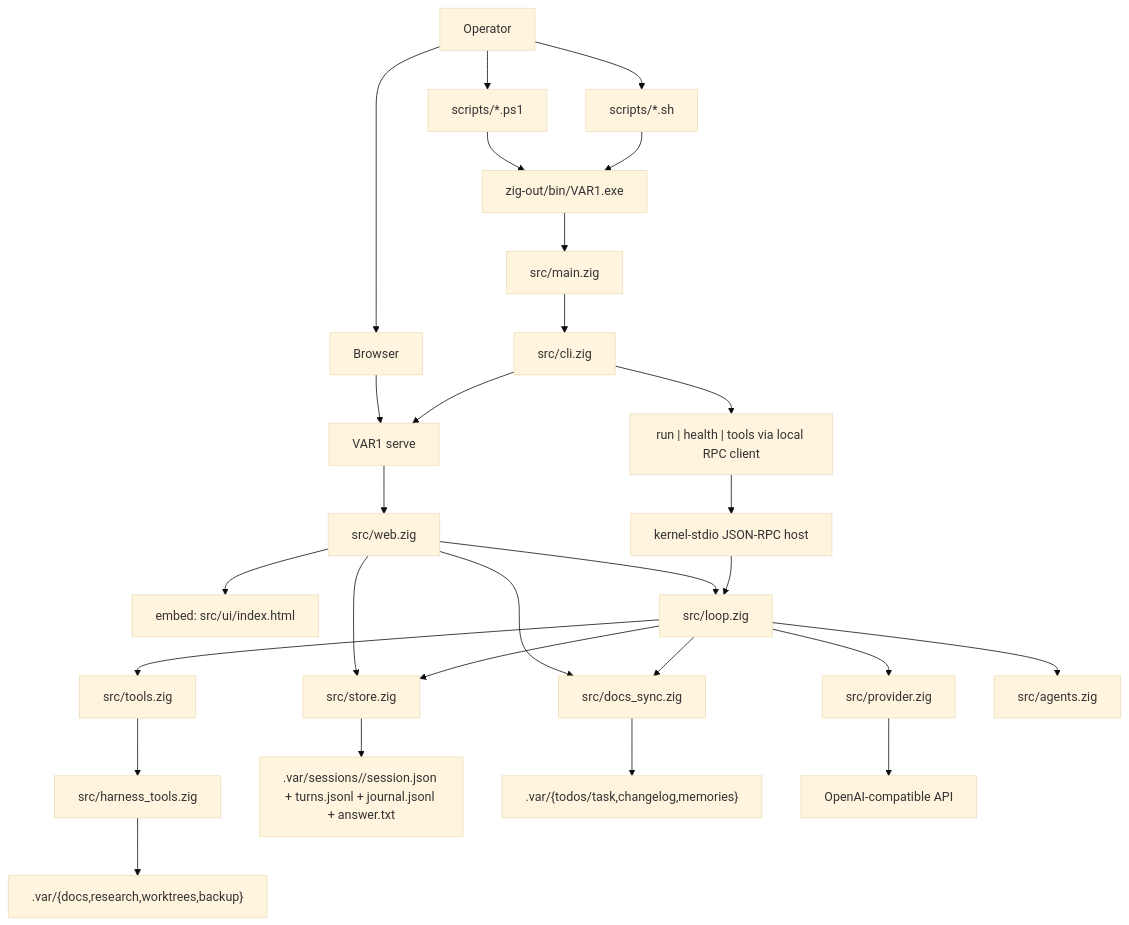
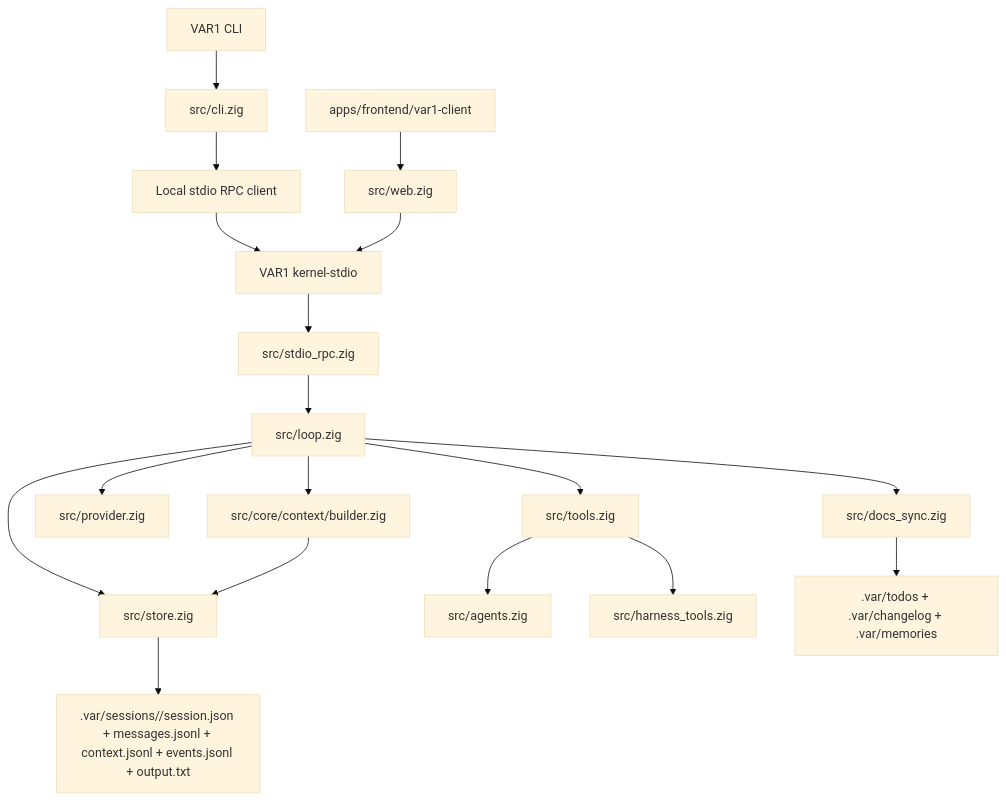
The first of 3 diagrams in apps/backend/variant-1/architecture.md (savageops/VANTARI-ONE), drawn with Mermaid (base theme) before and after one commit. The commit also changed other lines of this file and 44 other files, not shown here.

Commit message:
feat: add VAR1 headless session kernel

````diff
--- a/apps/backend/variant-1/architecture.md
+++ b/apps/backend/variant-1/architecture.md
@@ -19,37 +18,23 @@
 ```mermaid
 flowchart TB
-  operator["Operator"] --> ps["scripts/*.ps1"]
-  operator --> sh["scripts/*.sh"]
-  operator --> browser["Browser"]
+  cli["VAR1 CLI"] --> client["src/cli.zig"]
+  browser["apps/frontend/var1-client"] --> bridge["src/web.zig"]
 
-  ps --> exe["zig-out/bin/VAR1.exe"]
-  sh --> exe
-  browser --> serve["VAR1 serve"]
+  client --> rpcClient["Local stdio RPC client"]
+  rpcClient --> kernel["VAR1 kernel-stdio"]
+  bridge --> kernel
 
-  exe --> main["src/main.zig"]
-  main --> cli["src/cli.zig"]
+  kernel --> host["src/stdio_rpc.zig"]
+  host --> executor["src/loop.zig"]
+  executor --> context["src/core/context/builder.zig"]
+  executor --> store["src/store.zig"]
+  executor --> provider["src/provider.zig"]
+  executor --> tools["src/tools.zig"]
+  tools --> agents["src/agents.zig"]
+  tools --> harness["src/harness_tools.zig"]
+  executor --> docs["src/docs_sync.zig"]
 
-  cli --> serve
-  cli --> rpcclient["run | health | tools via local RPC client"]
-  rpcclient --> rpcserver["kernel-stdio JSON-RPC host"]
-
-  serve --> web["src/web.zig"]
-  web --> ui["embed: src/ui/index.html"]
-  web --> store["src/store.zig"]
-  web --> docs["src/docs_sync.zig"]
-  web --> loop["src/loop.zig"]
-
-  rpcserver --> loop
-
-  loop --> provider["src/provider.zig"]
-  loop --> tools["src/tools.zig"]
-  tools --> harness["src/harness_tools.zig"]
-  loop --> agents["src/agents.zig"]
-  loop --> store
-  loop --> docs
-
-  store --> truth[".var/sessions/<task-id>/session.json + turns.jsonl + journal.jsonl + answer.txt"]
-  docs --> projection[".var/{todos/task,changelog,memories}"]
-  harness --> rootops[".var/{docs,research,worktrees,backup}"]
-  provider --> api["OpenAI-compatible API"]
+  context --> store
+  store --> sessionRoot[".var/sessions/<id>/session.json + messages.jsonl + context.jsonl + events.jsonl + output.txt"]
+  docs --> processRoot[".var/todos + .var/changelog + .var/memories"]
 ```
````
